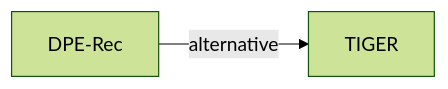
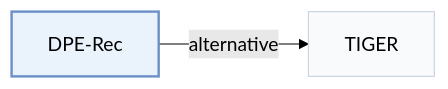
One commit to Galaxy-ghost/Awesome-SID-Generative-Rec changed the second of 2 diagrams in pages/papers/dpe-rec.md. Above: the diagram before and after it, drawn with Mermaid (forest theme). The commit also changed other lines of this file and 649 other files, not shown here.

Commit message:
writer-05: also tags and modality index (schema, check, build, visuals); summary field removed; calibration data for 12 papers

````diff
--- a/pages/papers/dpe-rec.md
+++ b/pages/papers/dpe-rec.md
@@ -70,5 +74,9 @@
 ```mermaid
 flowchart LR
     P["DPE-Rec"]
-    P -->|alternative| A["TIGER"]
+    P -->|"alternative"| A["TIGER"]
+    classDef main fill:#eaf2fb,stroke:#6b8fc7,stroke-width:2px
+    classDef peer fill:#f8fafc,stroke:#cbd5e1
+    class P main
+    class A peer
 ```
````
